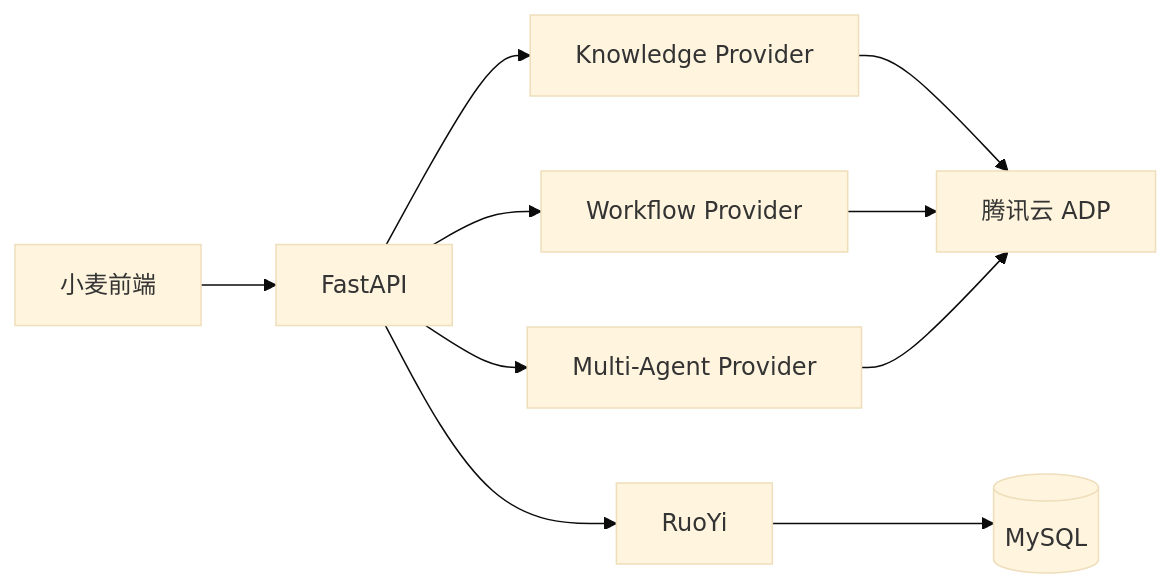
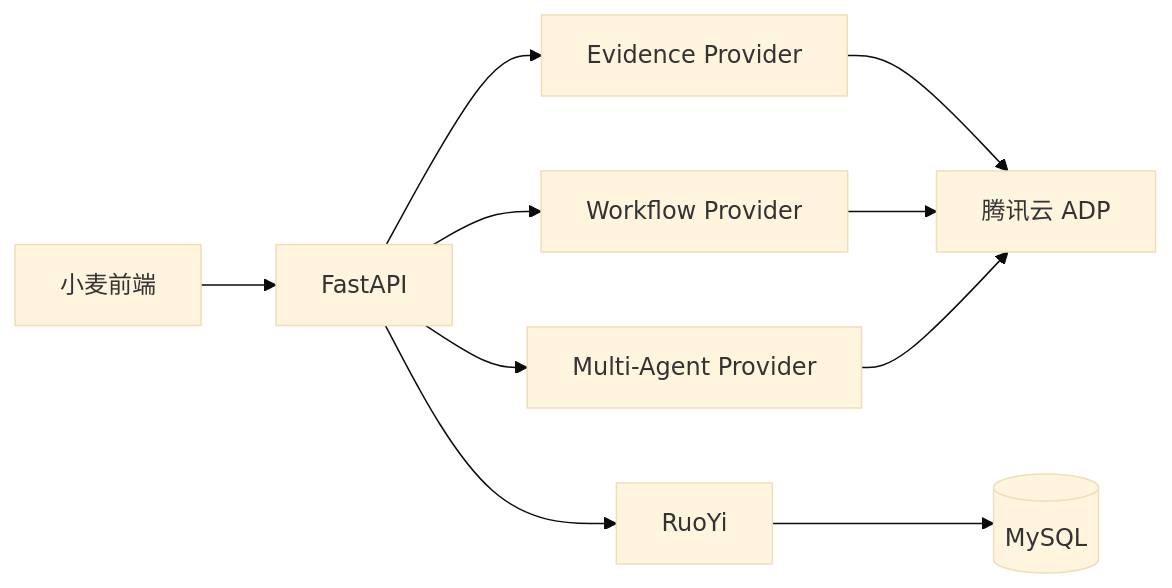
Before and after one commit to Prorise-cool/Prorise_ai_teach_workspace: the seventh of 8 diagrams in _bmad-output/planning-artifacts/archive/architecture.md, drawn with Mermaid (base theme). The commit also changed other lines of this file and 173 other files, not shown here.

````diff
--- a/_bmad-output/planning-artifacts/archive/architecture.md
+++ b/_bmad-output/planning-artifacts/archive/architecture.md
@@ -1163,14 +1283,14 @@
 ```mermaid
 flowchart LR
     FE[小麦前端] --> FA[FastAPI]
-    FA --> KP[Knowledge Provider]
+    FA --> KP[Evidence Provider]
     FA --> WP[Workflow Provider]
     FA --> MP[Multi-Agent Provider]
 
     KP --> TADP[腾讯云 ADP]
     WP --> TADP
     MP --> TADP
 
     FA --> RY[RuoYi]
     RY --> DB[(MySQL)]
 ```
````
